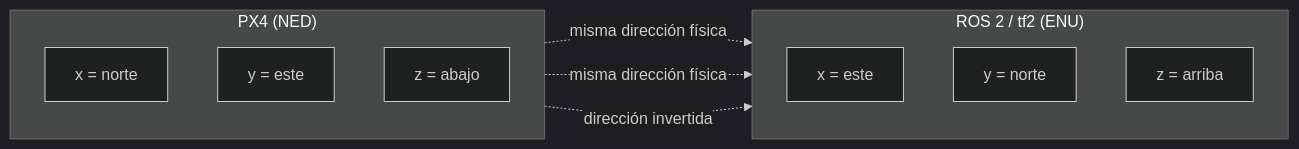
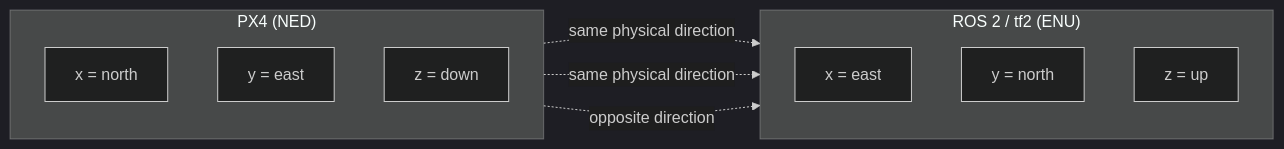
One commit to PACO-Interceptor/ws_interceptor changed the second of 2 diagrams in docs/wiki/Architecture.md. Above: the diagram before and after it, drawn with Mermaid. The commit also changed other lines of this file and 17 other files, not shown here.

````diff
--- a/docs/wiki/Architecture.md
+++ b/docs/wiki/Architecture.md
@@ -118,19 +116,19 @@
 ```mermaid
 %%{init: {"theme": "dark", "themeVariables": {"lineColor": "#cccccc", "edgeLabelBackground": "#1e1e1e"}}}%%
 flowchart LR
     subgraph NED["PX4 (NED)"]
         direction TB
-        Nx["x = norte"]
-        Ny["y = este"]
-        Nz["z = abajo"]
+        Nx["x = north"]
+        Ny["y = east"]
+        Nz["z = down"]
     end
     subgraph ENU["ROS 2 / tf2 (ENU)"]
         direction TB
-        Ex["x = este"]
-        Ey["y = norte"]
-        Ez["z = arriba"]
+        Ex["x = east"]
+        Ey["y = north"]
+        Ez["z = up"]
     end
-    Nx -.->|misma dirección física| Ey
-    Ny -.->|misma dirección física| Ex
-    Nz -.->|dirección invertida| Ez
+    Nx -.->|same physical direction| Ey
+    Ny -.->|same physical direction| Ex
+    Nz -.->|opposite direction| Ez
 ```
````
